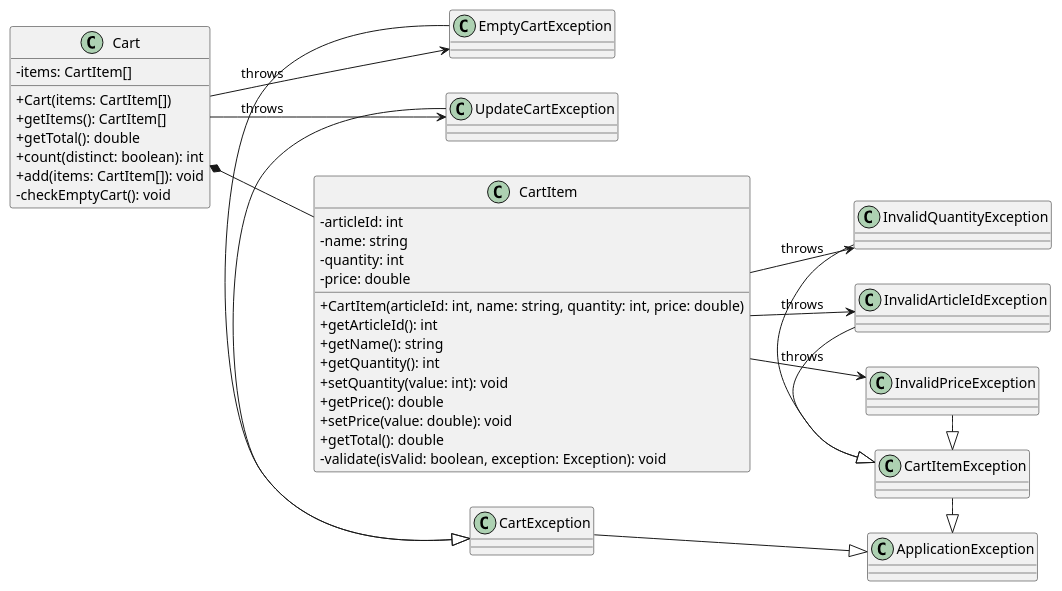
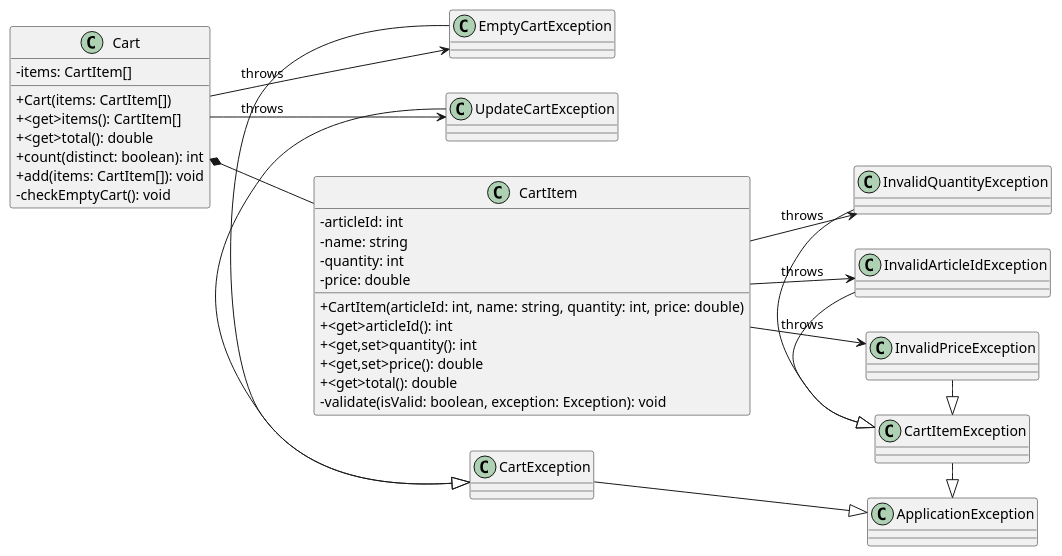
Before and after one commit to EthannSchneider/Shopping: the diagram in docs/class-diagram.puml, drawn with PlantUML. The commit also changed 1 other file, not shown here.

Commit message:
docs: update class diagrams to reflect changes in Cart and CartItem methods for improved clarity

```diff
--- a/docs/class-diagram.puml
+++ b/docs/class-diagram.puml
@@ -1,64 +1,61 @@
 @startuml
 
 left to right direction
 skinparam classAttributeIconSize 0
 
 'Classes declaration
 class CartItem {
    - articleId: int
    - name: string
    - quantity: int
    - price: double
    + CartItem(articleId: int, name: string, quantity: int, price: double)
-   + getArticleId(): int
-   + getName(): string
-   + getQuantity(): int
-   + setQuantity(value: int): void
-   + getPrice(): double
-   + setPrice(value: double): void
-   + getTotal(): double
+   + <get>articleId(): int
+   + <get,set>quantity(): int
+   + <get,set>price(): double
+   + <get>total(): double
    - validate(isValid: boolean, exception: Exception): void
 }
 
 class Cart {
    - items: CartItem[]
    + Cart(items: CartItem[])
-   + getItems(): CartItem[]
-   + getTotal(): double
+   + <get>items(): CartItem[]
+   + <get>total(): double
    + count(distinct: boolean): int
    + add(items: CartItem[]): void
    - checkEmptyCart(): void
 }
 
 class EmptyCartException {}
 class UpdateCartException {}
 class CartException {}
 class InvalidArticleIdException {}
 class InvalidPriceException {}
 class InvalidQuantityException {}
 class CartItemException {}
 class ApplicationException {}
 
 'Relations
 Cart *-- CartItem
 
 'Exception inheritance
 InvalidArticleIdException -|> CartItemException
 InvalidPriceException -|> CartItemException
 InvalidQuantityException -|> CartItemException
 
 EmptyCartException -|> CartException
 UpdateCartException -|> CartException
 
 CartException -|> ApplicationException
 CartItemException -|> ApplicationException
 
 'Exception throws
 CartItem --> InvalidArticleIdException : throws
 CartItem --> InvalidPriceException : throws
 CartItem --> InvalidQuantityException : throws
 
 Cart --> EmptyCartException : throws
 Cart --> UpdateCartException : throws
 
 @enduml
```
